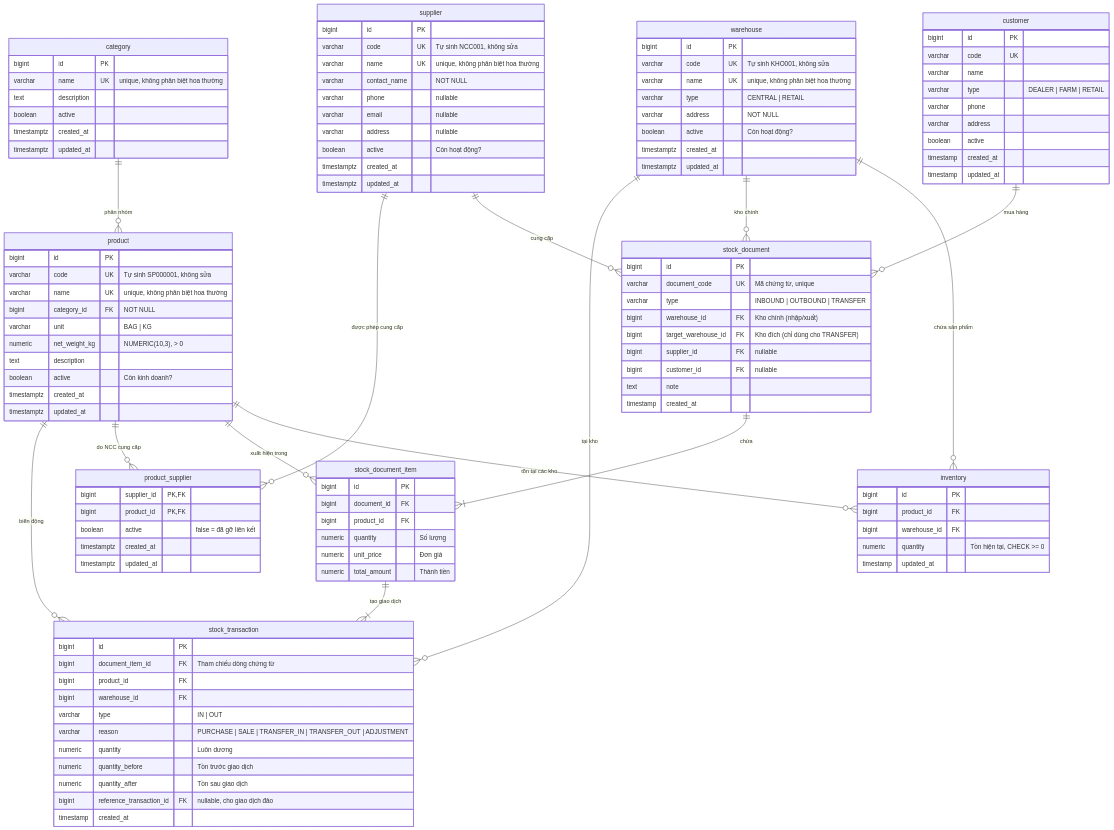
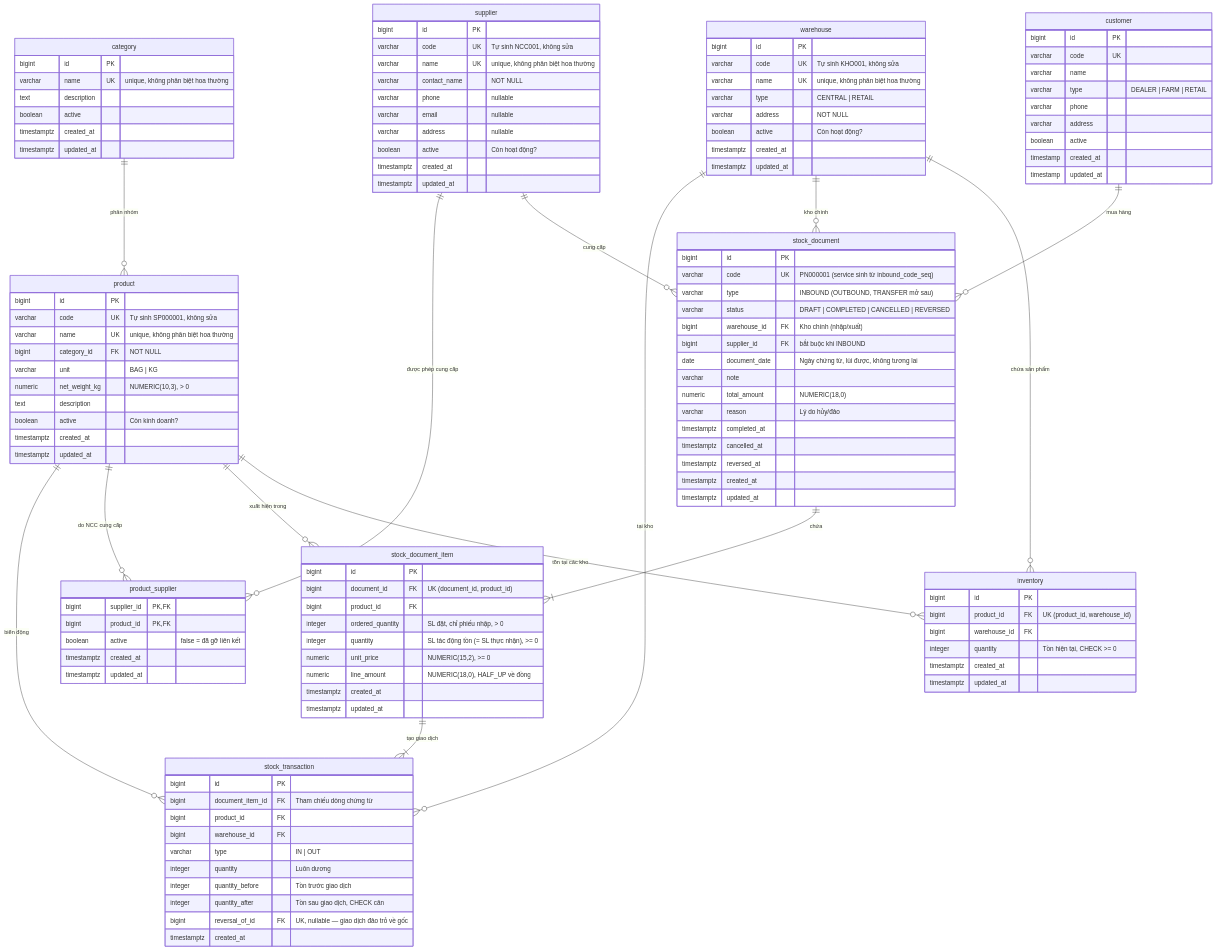
One commit to trungpqvn1203/QuanLyKhoCamVer2 changed the diagram in docs/architecture/database.md. Above: the diagram before and after it, drawn with Mermaid. The commit also changed other lines of this file and 35 other files, not shown here.

First line of the commit message:
feat: inbound receipt module - draft/complete/cancel/reverse with stock ledger

```diff
--- a/docs/architecture/database.md
+++ b/docs/architecture/database.md
@@ -89,31 +89,41 @@
 
     inventory {
         bigint id PK
-        bigint product_id FK
+        bigint product_id FK "UK (product_id, warehouse_id)"
         bigint warehouse_id FK
-        numeric quantity "Tồn hiện tại, CHECK >= 0"
-        timestamp updated_at
+        integer quantity "Tồn hiện tại, CHECK >= 0"
+        timestamptz created_at
+        timestamptz updated_at
     }
 
     stock_document {
         bigint id PK
-        varchar document_code UK "Mã chứng từ, unique"
-        varchar type "INBOUND | OUTBOUND | TRANSFER"
+        varchar code UK "PN000001 (service sinh từ inbound_code_seq)"
+        varchar type "INBOUND (OUTBOUND, TRANSFER mở sau)"
+        varchar status "DRAFT | COMPLETED | CANCELLED | REVERSED"
         bigint warehouse_id FK "Kho chính (nhập/xuất)"
-        bigint target_warehouse_id FK "Kho đích (chỉ dùng cho TRANSFER)"
-        bigint supplier_id FK "nullable"
-        bigint customer_id FK "nullable"
-        text note
-        timestamp created_at
+        bigint supplier_id FK "bắt buộc khi INBOUND"
+        date document_date "Ngày chứng từ, lùi được, không tương lai"
+        varchar note
+        numeric total_amount "NUMERIC(18,0)"
+        varchar reason "Lý do hủy/đảo"
+        timestamptz completed_at
+        timestamptz cancelled_at
+        timestamptz reversed_at
+        timestamptz created_at
+        timestamptz updated_at
     }
 
     stock_document_item {
         bigint id PK
-        bigint document_id FK
+        bigint document_id FK "UK (document_id, product_id)"
         bigint product_id FK
-        numeric quantity "Số lượng"
-        numeric unit_price "Đơn giá"
-        numeric total_amount "Thành tiền"
+        integer ordered_quantity "SL đặt, chỉ phiếu nhập, > 0"
+        integer quantity "SL tác động tồn (= SL thực nhận), >= 0"
+        numeric unit_price "NUMERIC(15,2), >= 0"
+        numeric line_amount "NUMERIC(18,0), HALF_UP về đồng"
+        timestamptz created_at
+        timestamptz updated_at
     }
 
     stock_transaction {
@@ -122,12 +132,11 @@
         bigint product_id FK
         bigint warehouse_id FK
         varchar type "IN | OUT"
-        varchar reason "PURCHASE | SALE | TRANSFER_IN | TRANSFER_OUT | ADJUSTMENT"
-        numeric quantity "Luôn dương"
-        numeric quantity_before "Tồn trước giao dịch"
-        numeric quantity_after "Tồn sau giao dịch"
-        bigint reference_transaction_id FK "nullable, cho giao dịch đảo"
-        timestamp created_at
+        integer quantity "Luôn dương"
+        integer quantity_before "Tồn trước giao dịch"
+        integer quantity_after "Tồn sau giao dịch, CHECK cân"
+        bigint reversal_of_id FK "UK, nullable — giao dịch đảo trỏ về gốc"
+        timestamptz created_at
     }
 
     category ||--o{ product : "phân nhóm"
```
